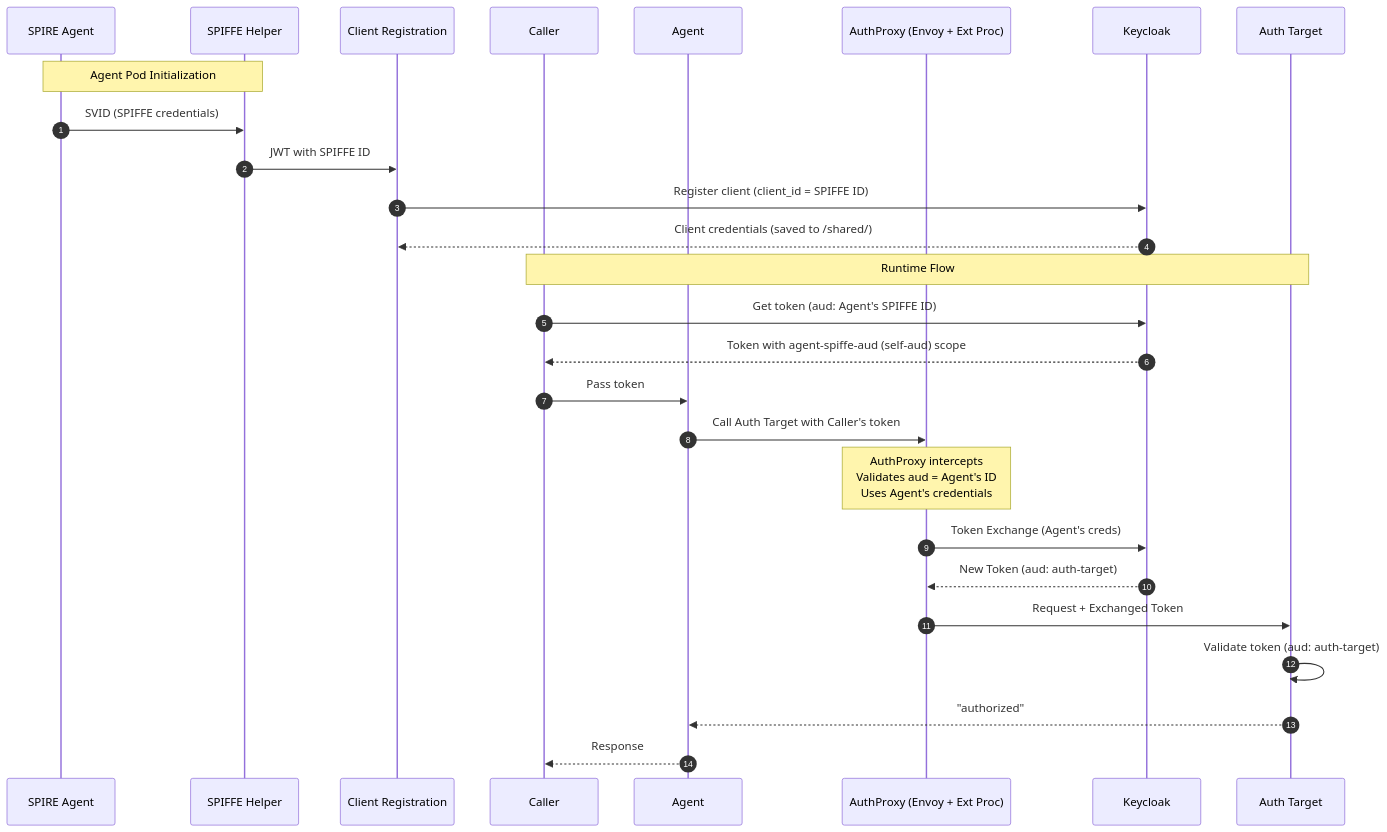
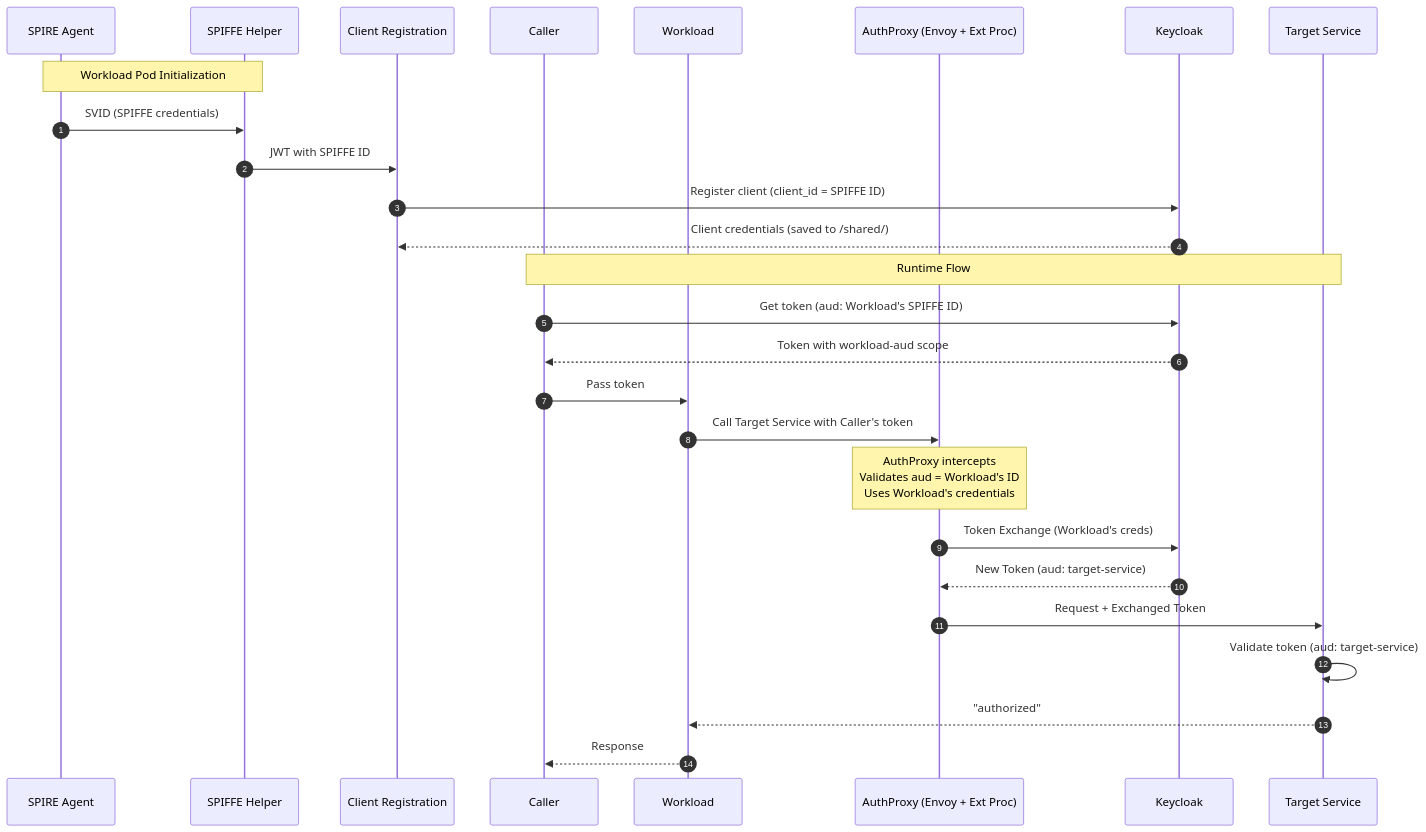
Before and after one commit to mrsabath/kagenti-extensions: the first of 2 diagrams in AuthBridge/README.md, drawn with Mermaid. The commit also changed other lines of this file, not shown here.

````diff
--- a/AuthBridge/README.md
+++ b/AuthBridge/README.md
@@ -80,35 +80,35 @@
 ```mermaid
 sequenceDiagram
     autonumber
     participant SPIRE as SPIRE Agent
     participant Helper as SPIFFE Helper
     participant Reg as Client Registration
     participant Caller as Caller
-    participant Agent as Agent
+    participant App as Workload
     participant Envoy as AuthProxy (Envoy + Ext Proc)
     participant KC as Keycloak
-    participant Target as Auth Target
+    participant Target as Target Service
 
-    Note over Helper,SPIRE: Agent Pod Initialization
+    Note over Helper,SPIRE: Workload Pod Initialization
     SPIRE->>Helper: SVID (SPIFFE credentials)
     Helper->>Reg: JWT with SPIFFE ID
     Reg->>KC: Register client (client_id = SPIFFE ID)
     KC-->>Reg: Client credentials (saved to /shared/)
 
     Note over Caller,Target: Runtime Flow
-    Caller->>KC: Get token (aud: Agent's SPIFFE ID)
-    KC-->>Caller: Token with agent-spiffe-aud (self-aud) scope
+    Caller->>KC: Get token (aud: Workload's SPIFFE ID)
+    KC-->>Caller: Token with workload-aud scope
     
-    Caller->>Agent: Pass token
-    Agent->>Envoy: Call Auth Target with Caller's token
+    Caller->>App: Pass token
+    App->>Envoy: Call Target Service with Caller's token
     
-    Note over Envoy: AuthProxy intercepts<br/>Validates aud = Agent's ID<br/>Uses Agent's credentials
+    Note over Envoy: AuthProxy intercepts<br/>Validates aud = Workload's ID<br/>Uses Workload's credentials
     
-    Envoy->>KC: Token Exchange (Agent's creds)
-    KC-->>Envoy: New Token (aud: auth-target)
+    Envoy->>KC: Token Exchange (Workload's creds)
+    KC-->>Envoy: New Token (aud: target-service)
     
     Envoy->>Target: Request + Exchanged Token
-    Target->>Target: Validate token (aud: auth-target)
-    Target-->>Agent: "authorized"
-    Agent-->>Caller: Response
+    Target->>Target: Validate token (aud: target-service)
+    Target-->>App: "authorized"
+    App-->>Caller: Response
 ```
````
